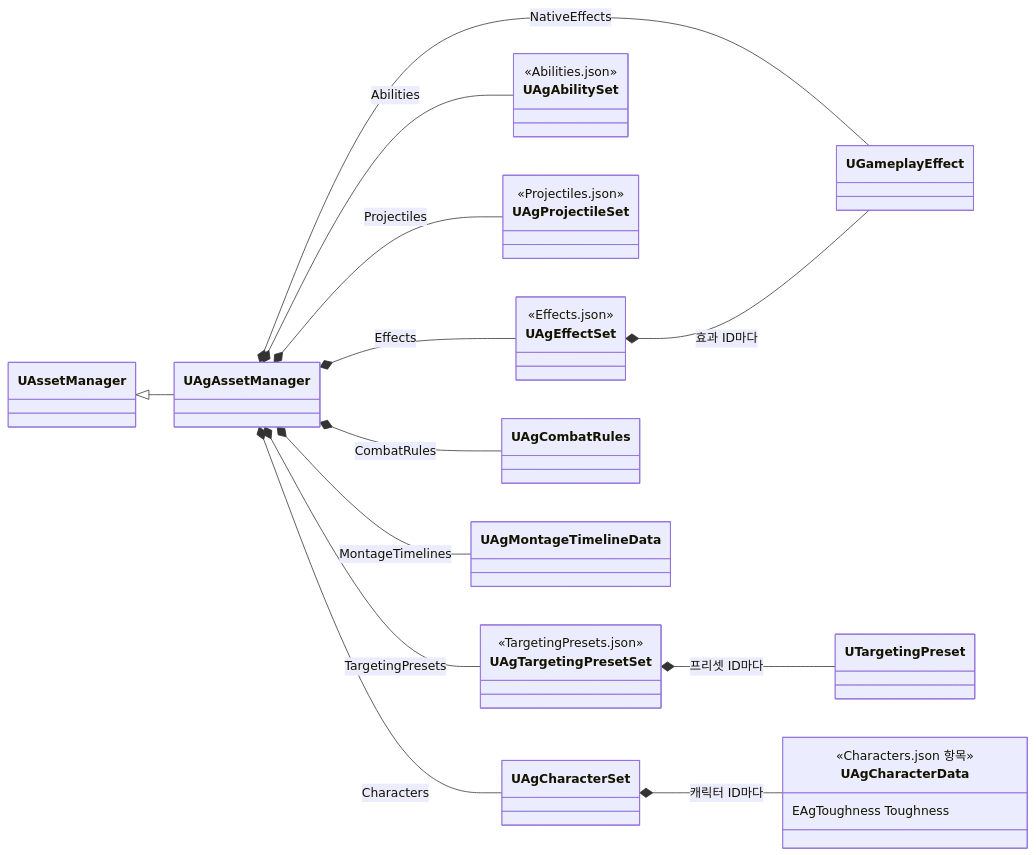
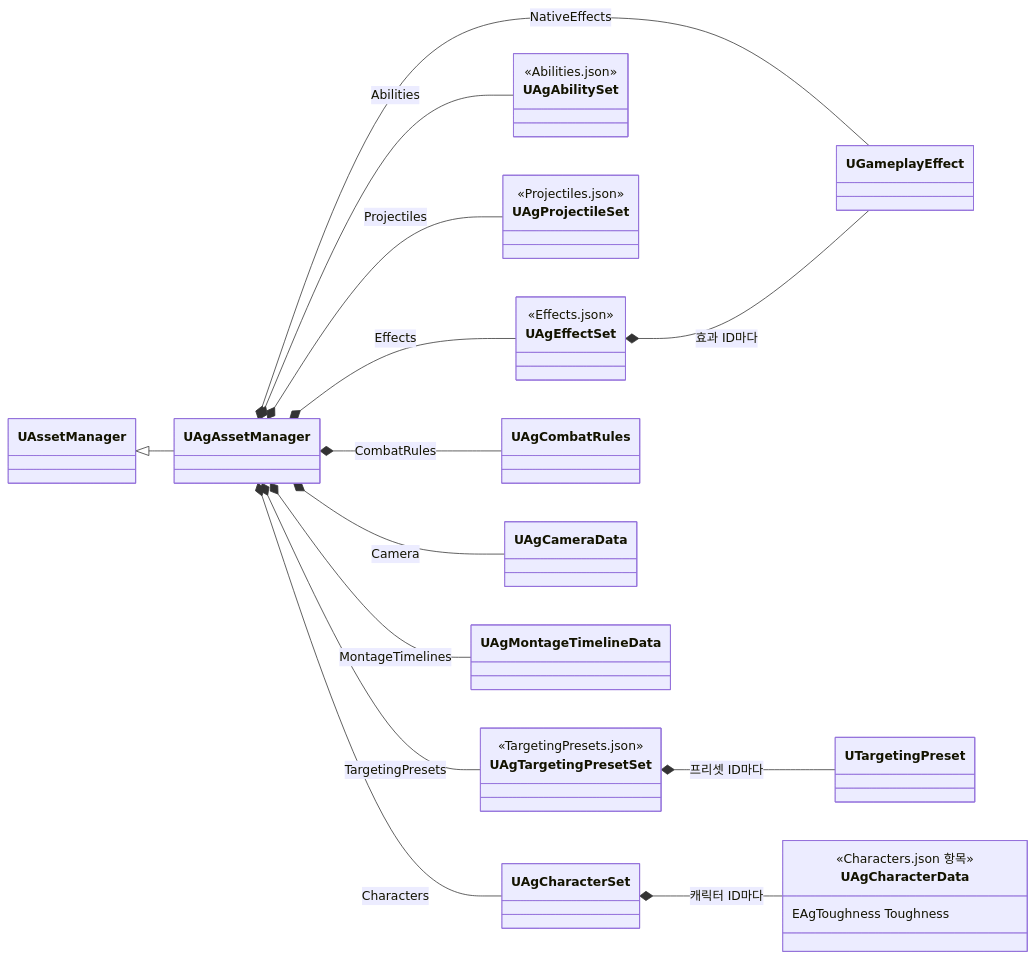
The second of 2 diagrams in Docs/Architecture/데이터 로딩과 스키마.md (Woogl/Ag), drawn with Mermaid before and after one commit. The commit also changed other lines of this file and 38 other files, not shown here.

````diff
--- a/Docs/Architecture/데이터 로딩과 스키마.md
+++ b/Docs/Architecture/데이터 로딩과 스키마.md
@@ -177,32 +181,33 @@
 ```mermaid
 classDiagram
     direction LR
     class UAgEffectSet {
         <<Effects.json>>
     }
     class UAgAbilitySet {
         <<Abilities.json>>
     }
     class UAgProjectileSet {
         <<Projectiles.json>>
     }
     class UAgTargetingPresetSet {
         <<TargetingPresets.json>>
     }
     class UAgCharacterData {
         <<Characters.json 항목>>
         EAgToughness Toughness
     }
     UAssetManager <|-- UAgAssetManager
     UAgAssetManager *-- UAgCombatRules : CombatRules
+    UAgAssetManager *-- UAgCameraData : Camera
     UAgAssetManager *-- UAgEffectSet : Effects
     UAgAssetManager *-- UGameplayEffect : NativeEffects
     UAgAssetManager *-- UAgProjectileSet : Projectiles
     UAgAssetManager *-- UAgMontageTimelineData : MontageTimelines
     UAgAssetManager *-- UAgTargetingPresetSet : TargetingPresets
     UAgAssetManager *-- UAgAbilitySet : Abilities
     UAgAssetManager *-- UAgCharacterSet : Characters
     UAgCharacterSet *-- UAgCharacterData : 캐릭터 ID마다
     UAgEffectSet *-- UGameplayEffect : 효과 ID마다
     UAgTargetingPresetSet *-- UTargetingPreset : 프리셋 ID마다
 ```
````
